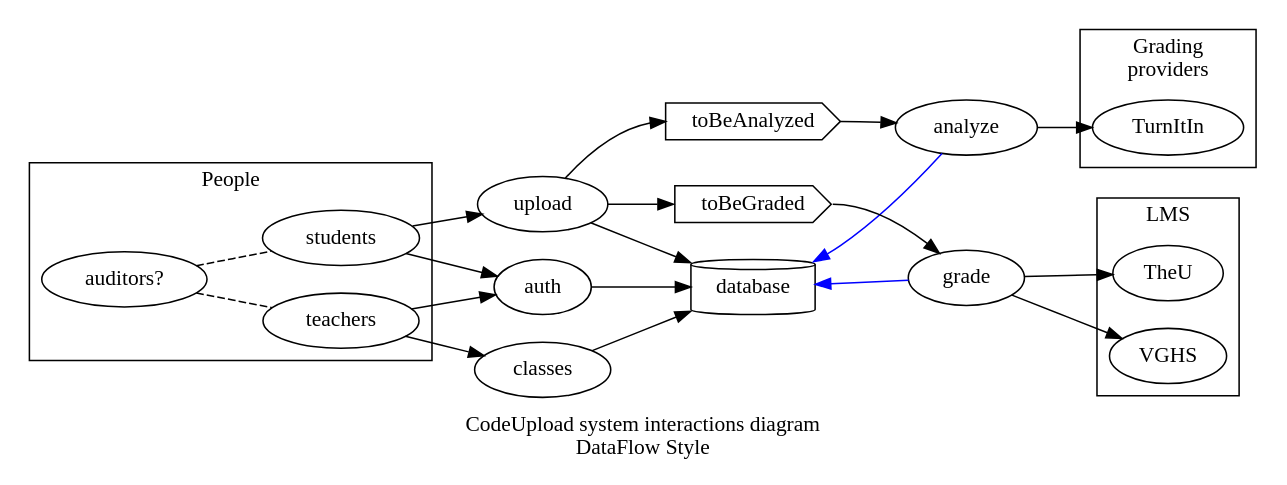
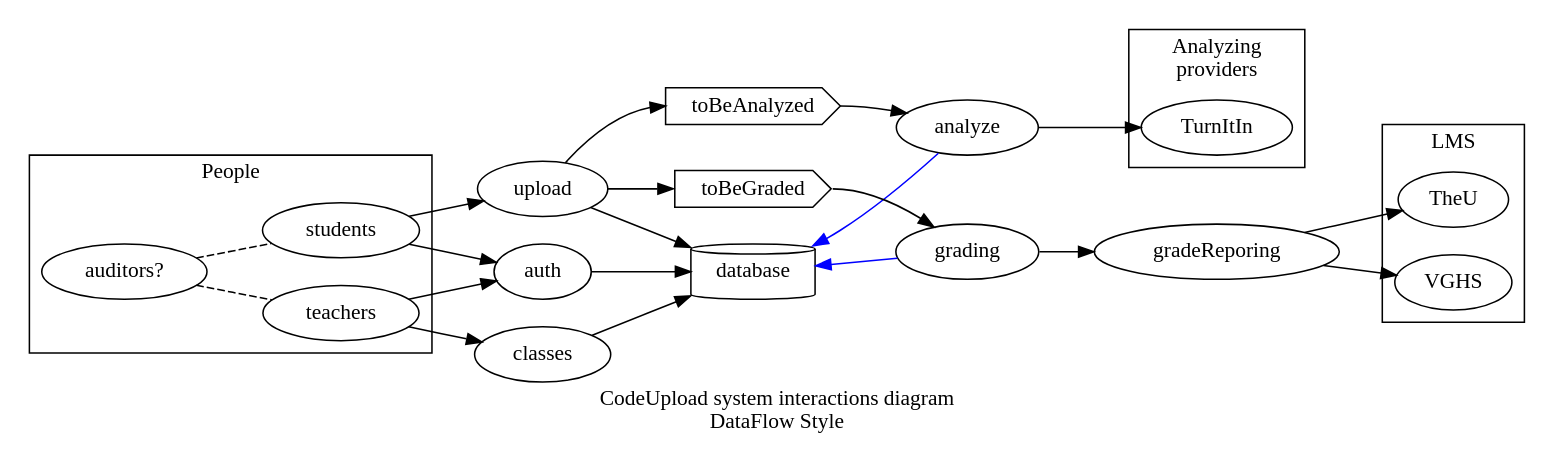
The diagram in dataflow.gv (mckaysalisbury/grades), drawn with Graphviz before and after one commit. The commit also changed 2 other files, not shown here.

Commit message:
grading / analyzing clarity. Fill out readme for presentaiton.

```diff
--- a/dataflow.gv
+++ b/dataflow.gv
@@ -1,31 +1,31 @@
 digraph dataflow {
     label="CodeUpload system interactions diagram\nDataFlow Style"
     rankdir=LR
-    subgraph clusterGrading {
-        label="Grading\nproviders"
+    subgraph clusterAnalyze {
+        label="Analyzing\nproviders"
         TurnItIn
     }
     subgraph clusterLMS {
         label="LMS"
         TheU,
         VGHS
     }
     subgraph clusterPeople {
         label="People"
         teachers
         students
         auditors [label="auditors?"]
     }
 
     database [shape=cylinder]
     toBeGraded, toBeAnalyzed [shape=cds]
     students, teachers -> auth -> database
     students -> upload -> database
     teachers -> classes -> database
-    database -> grade, analyze [dir=back, color="blue"]
+    database -> grading, analyze [dir=back, color="blue"]
     upload -> toBeGraded:w, toBeAnalyzed:w
-    toBeGraded:e -> grade -> VGHS, TheU
+    toBeGraded:e -> grading -> gradeReporing -> VGHS, TheU
     toBeAnalyzed:e -> analyze -> TurnItIn
 
     auditors -> students, teachers [dir=none, style=dashed]
 }
```
